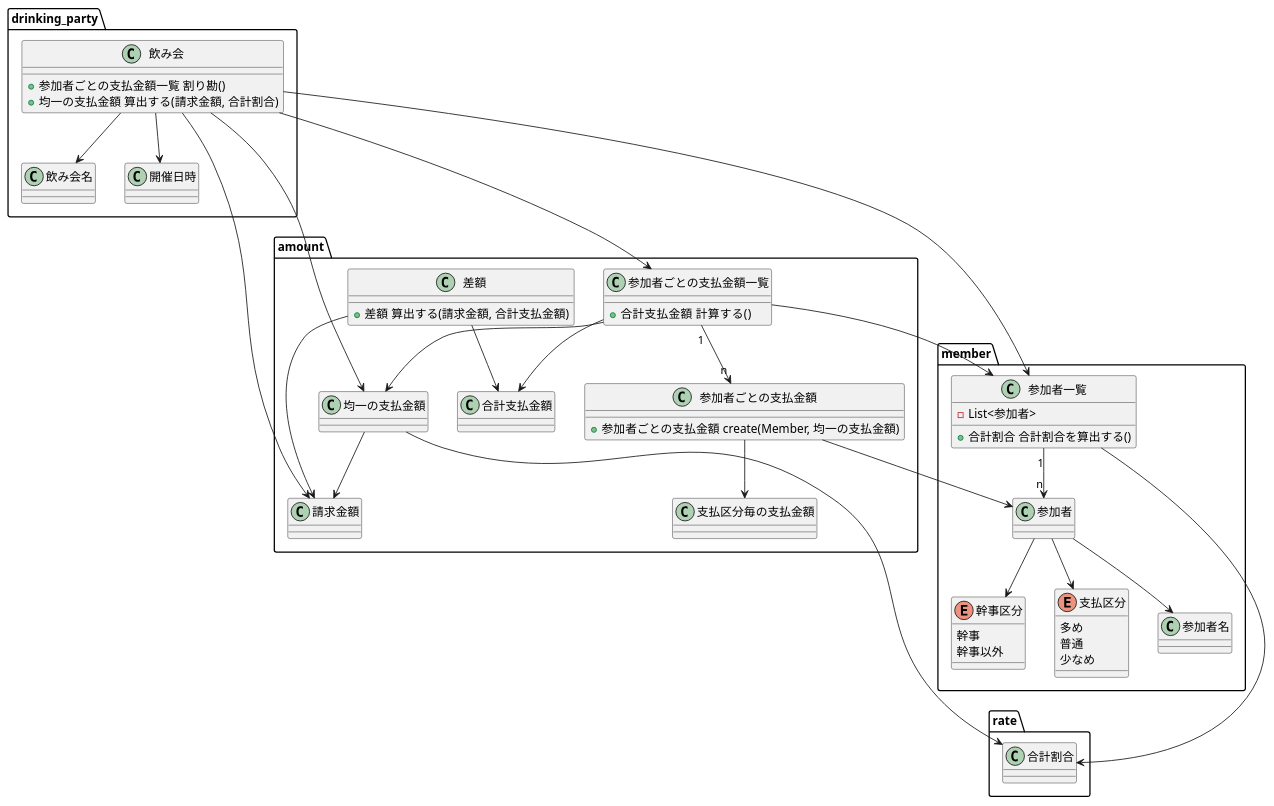
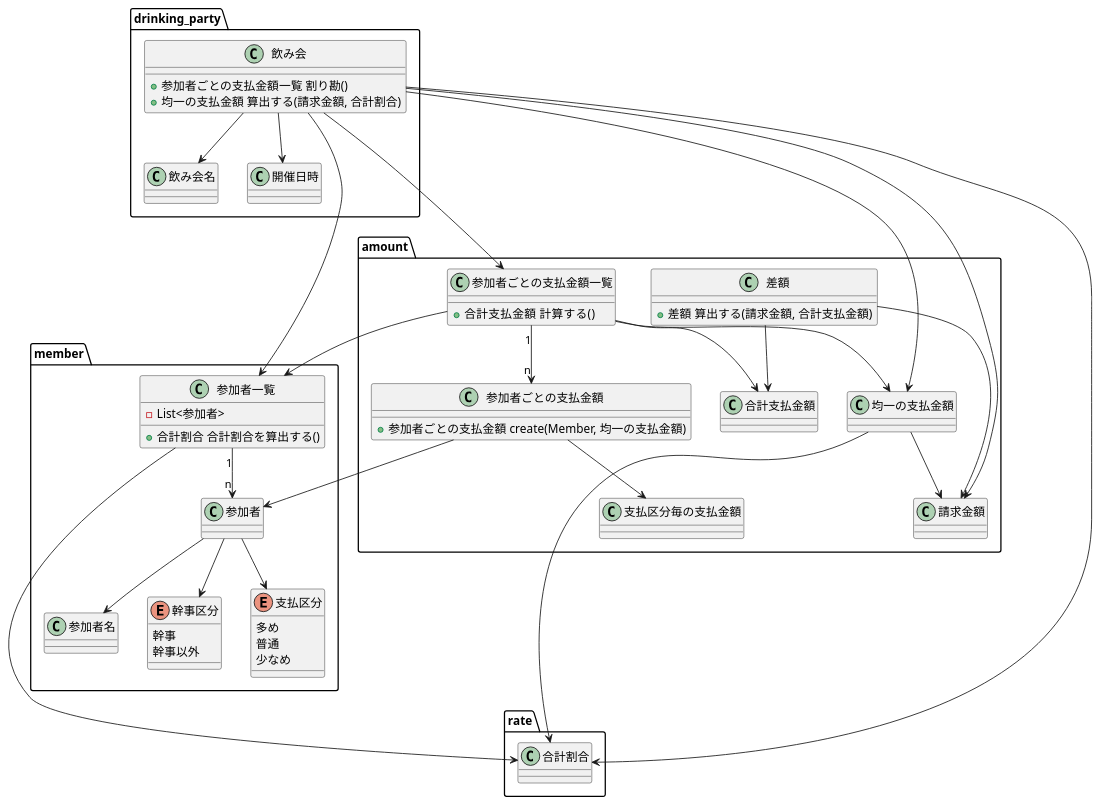
One commit to mmm00mmm/ddd-warikan changed the diagram in doc/モデル３.puml. Above: the diagram before and after it, drawn with PlantUML.

Commit message:
合計割合のひも付きを直す

```diff
--- a/doc/モデル３.puml
+++ b/doc/モデル３.puml
@@ -1,86 +1,87 @@
 @startuml
 
 package drinking_party {
     class 飲み会 {
         + 参加者ごとの支払金額一覧 割り勘()
         + 均一の支払金額 算出する(請求金額, 合計割合)
     }
     class 飲み会名 {
     }
     class 開催日時 {
     }
 
     飲み会 --> 飲み会名
     飲み会 --> 開催日時
 }
 
 package member {
     class 参加者一覧 {
         - List<参加者>
         + 合計割合 合計割合を算出する()
     }
     class 参加者名 {
     }
     enum 幹事区分 {
         幹事
         幹事以外
     }
     enum 支払区分 {
         多め
         普通
         少なめ
     }
 
     参加者一覧 "1" --> "n" 参加者
     参加者 --> 参加者名
     参加者 --> 幹事区分
     参加者 --> 支払区分
 }
 
 package rate {
     class 合計割合 {
     }
 }
 
 
 package amount {
     class 請求金額 {
     }
     class 均一の支払金額 {
     }
     class 支払区分毎の支払金額 {
     }
     class 参加者ごとの支払金額 {
         + 参加者ごとの支払金額 create(Member, 均一の支払金額)
     }
     class 参加者ごとの支払金額一覧 {
         + 合計支払金額  計算する()
     }
     class 合計支払金額 {
     }
     class 差額 {
         + 差額 算出する(請求金額, 合計支払金額)
     }
 
     均一の支払金額 --> 請求金額
     参加者ごとの支払金額 --> 支払区分毎の支払金額
     参加者ごとの支払金額一覧 "1" --> "n" 参加者ごとの支払金額
     参加者ごとの支払金額一覧 --> 合計支払金額
     差額 --> 請求金額
     差額 --> 合計支払金額
 }
 
 飲み会 --> 請求金額
 飲み会 ---> 参加者ごとの支払金額一覧
 飲み会 --> 参加者一覧
 飲み会 --> 均一の支払金額
+飲み会 --> 合計割合
 
 均一の支払金額 ----> 合計割合
 参加者一覧 ----> 合計割合
 
 参加者ごとの支払金額一覧 --> 参加者一覧
 参加者ごとの支払金額一覧 --> 均一の支払金額
 
 参加者ごとの支払金額 --> 参加者
 
 @enduml
```
